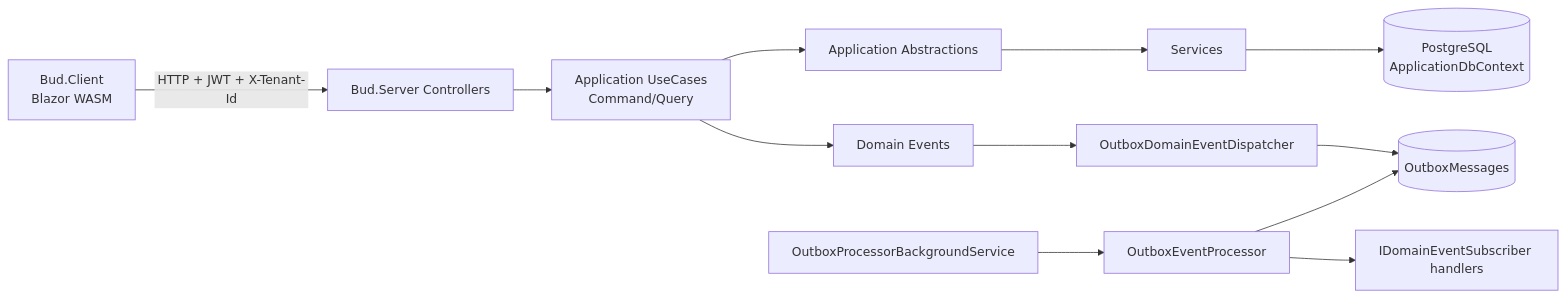
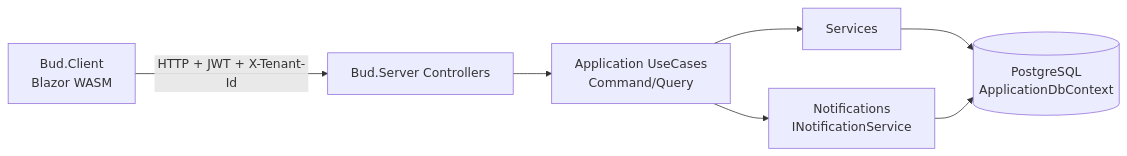
Before and after one commit to dsbraz/bud: the first of 10 diagrams in README.md, drawn with Mermaid. The commit also changed other lines of this file and 364 other files, not shown here.

````diff
--- a/README.md
+++ b/README.md
@@ -138,14 +115,9 @@
 ```mermaid
 flowchart LR
     A[Bud.Client<br/>Blazor WASM] -->|HTTP + JWT + X-Tenant-Id| B[Bud.Server Controllers]
     B --> C[Application UseCases<br/>Command/Query]
-    C --> D[Application Abstractions]
-    D --> E[Services]
-    E --> F[(PostgreSQL<br/>ApplicationDbContext)]
-    C --> G[Domain Events]
-    G --> H[OutboxDomainEventDispatcher]
-    H --> I[(OutboxMessages)]
-    J[OutboxProcessorBackgroundService] --> K[OutboxEventProcessor]
-    K --> I
-    K --> L[IDomainEventSubscriber handlers]
+    C --> D[Services]
+    D --> E[(PostgreSQL<br/>ApplicationDbContext)]
+    C --> N[Notifications<br/>INotificationService]
+    N --> E
 ```
````
